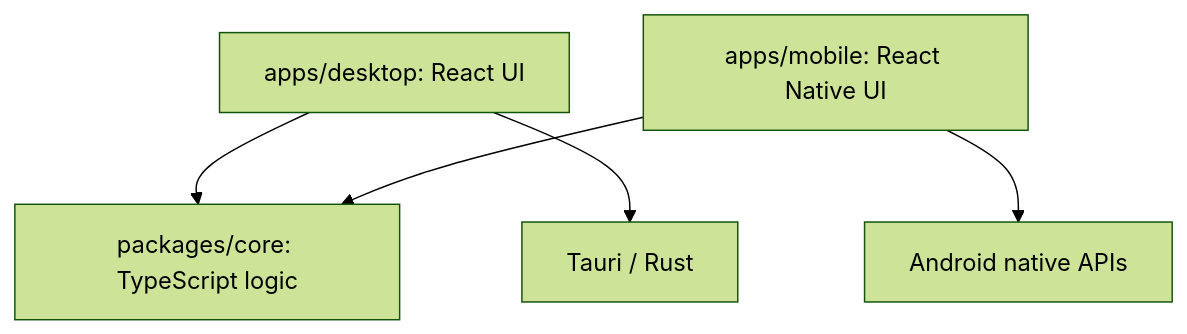
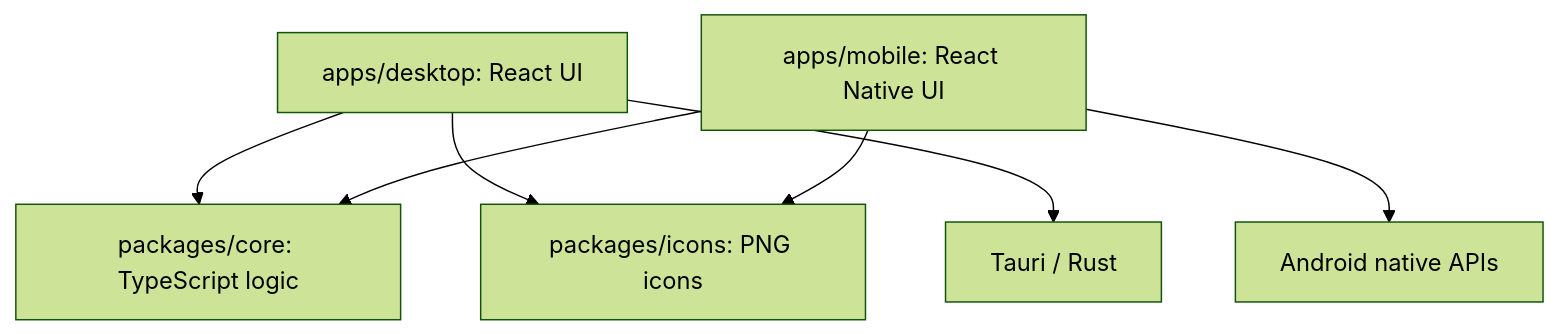
Before and after one commit to OsawaKousei/prelis: the diagram in docs/architecture.md, drawn with Mermaid (forest theme). The commit also changed other lines of this file and 53 other files, not shown here.

````diff
--- a/docs/architecture.md
+++ b/docs/architecture.md
@@ -42,7 +43,9 @@
 ```mermaid
 flowchart TD
   Desktop[apps/desktop: React UI] --> Core[packages/core: TypeScript logic]
   Mobile[apps/mobile: React Native UI] --> Core
+  Desktop --> Icons[packages/icons: PNG icons]
+  Mobile --> Icons
   Desktop --> Tauri[Tauri / Rust]
   Mobile --> Native[Android native APIs]
 ```
````
